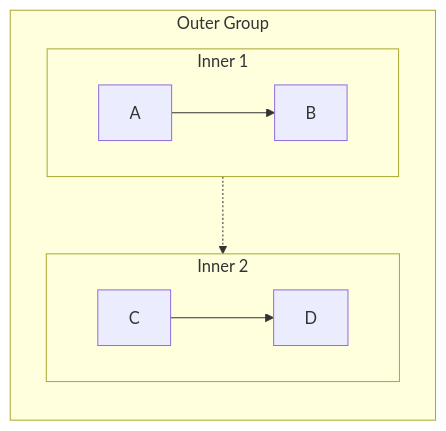
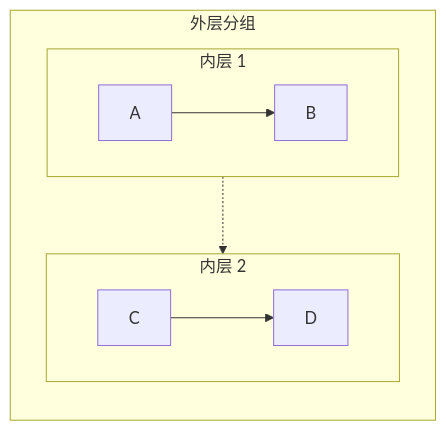
Before and after one commit to liu-qingyuan/skills-sync-lqy: the third of 13 diagrams in skills/lqy-curated/mermaid-visualizer/references/syntax-rules.md, drawn with Mermaid. The commit also changed other lines of this file and 1 other file, not shown here.

Commit message:
feat(mermaid-visualizer): localize skill to Chinese

````diff
--- a/skills/lqy-curated/mermaid-visualizer/references/syntax-rules.md
+++ b/skills/lqy-curated/mermaid-visualizer/references/syntax-rules.md
@@ -162,16 +167,16 @@
 ```mermaid
 graph TB
-    subgraph outer["Outer Group"]
+    subgraph outer["外层分组"]
         direction TB
-        
-        subgraph inner1["Inner 1"]
+
+        subgraph inner1["内层 1"]
             A --> B
         end
-        
-        subgraph inner2["Inner 2"]
+
+        subgraph inner2["内层 2"]
             C --> D
         end
-        
+
         inner1 -.-> inner2
     end
 ```
````
